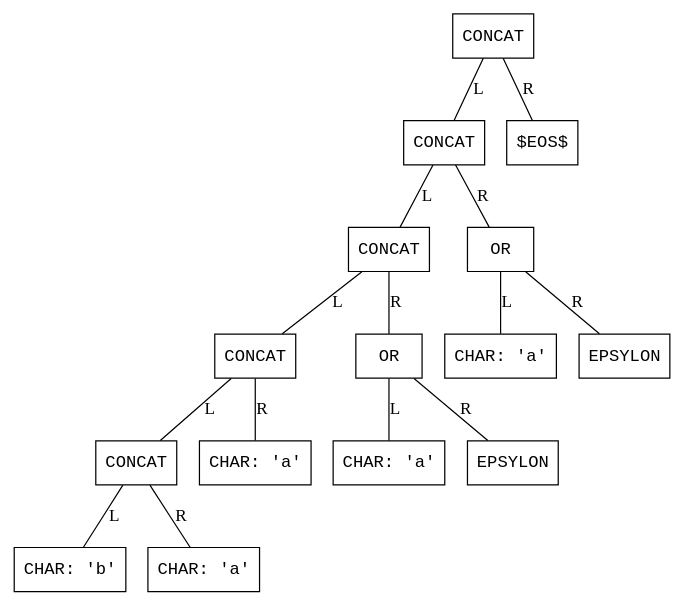
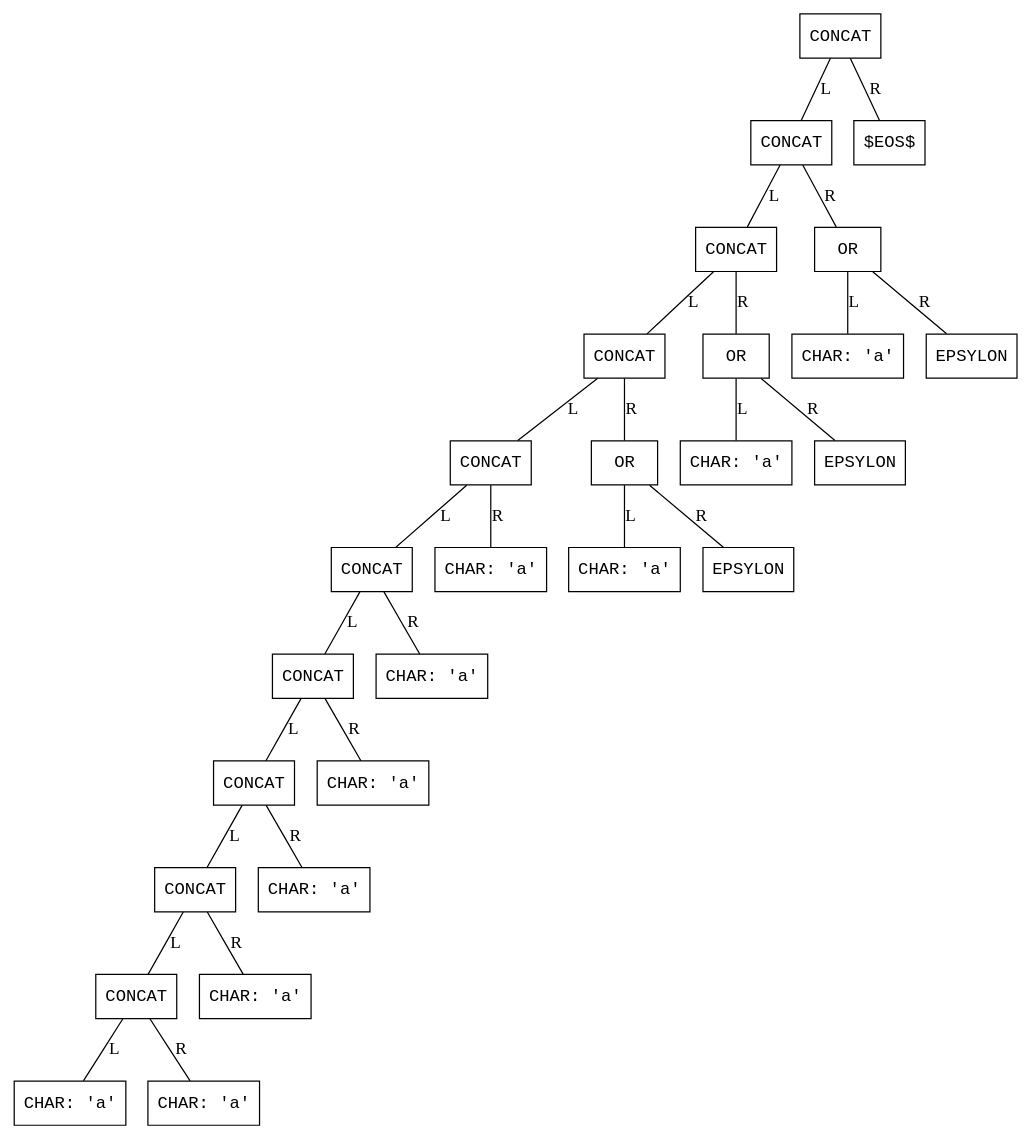
One commit to HotHeadd/automata25_mephi changed the diagram in 2/visuals/ast.dot. Above: the diagram before and after it, drawn with Graphviz. The commit also changed 7 other files, not shown here.

```diff
--- a/2/visuals/ast.dot
+++ b/2/visuals/ast.dot
@@ -1,34 +1,58 @@
 digraph AST {
   node [shape=box, fontname="Courier"];
   edge [arrowhead=none];
 
   0 [label="CONCAT"];
   1 [label="CONCAT"];
   2 [label="CONCAT"];
   3 [label="CONCAT"];
   4 [label="CONCAT"];
-  5 [label="CHAR: 'b'"];
+  5 [label="CONCAT"];
+  6 [label="CONCAT"];
+  7 [label="CONCAT"];
+  8 [label="CONCAT"];
+  9 [label="CONCAT"];
+  10 [label="CHAR: 'a'"];
+  9 -> 10 [label="L"];
+  11 [label="CHAR: 'a'"];
+  9 -> 11 [label="R"];
+  8 -> 9 [label="L"];
+  12 [label="CHAR: 'a'"];
+  8 -> 12 [label="R"];
+  7 -> 8 [label="L"];
+  13 [label="CHAR: 'a'"];
+  7 -> 13 [label="R"];
+  6 -> 7 [label="L"];
+  14 [label="CHAR: 'a'"];
+  6 -> 14 [label="R"];
+  5 -> 6 [label="L"];
+  15 [label="CHAR: 'a'"];
+  5 -> 15 [label="R"];
   4 -> 5 [label="L"];
-  6 [label="CHAR: 'a'"];
-  4 -> 6 [label="R"];
+  16 [label="CHAR: 'a'"];
+  4 -> 16 [label="R"];
   3 -> 4 [label="L"];
-  7 [label="CHAR: 'a'"];
-  3 -> 7 [label="R"];
+  17 [label="OR"];
+  18 [label="CHAR: 'a'"];
+  17 -> 18 [label="L"];
+  19 [label="EPSYLON"];
+  17 -> 19 [label="R"];
+  3 -> 17 [label="R"];
   2 -> 3 [label="L"];
-  8 [label="OR"];
-  9 [label="CHAR: 'a'"];
-  8 -> 9 [label="L"];
-  10 [label="EPSYLON"];
-  8 -> 10 [label="R"];
-  2 -> 8 [label="R"];
+  20 [label="OR"];
+  21 [label="CHAR: 'a'"];
+  20 -> 21 [label="L"];
+  22 [label="EPSYLON"];
+  20 -> 22 [label="R"];
+  2 -> 20 [label="R"];
   1 -> 2 [label="L"];
-  11 [label="OR"];
-  12 [label="CHAR: 'a'"];
-  11 -> 12 [label="L"];
-  13 [label="EPSYLON"];
-  11 -> 13 [label="R"];
-  1 -> 11 [label="R"];
+  23 [label="OR"];
+  24 [label="CHAR: 'a'"];
+  23 -> 24 [label="L"];
+  25 [label="EPSYLON"];
+  23 -> 25 [label="R"];
+  1 -> 23 [label="R"];
   0 -> 1 [label="L"];
-  14 [label="$EOS$"];
-  0 -> 14 [label="R"];
+  26 [label="$EOS$"];
+  0 -> 26 [label="R"];
 }
```
